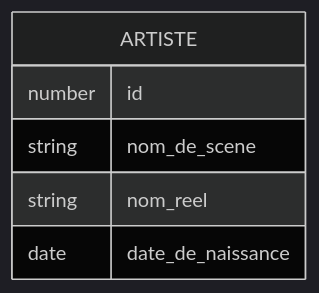
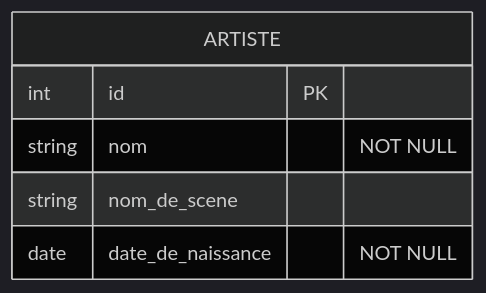
The first of 3 diagrams in static/slide/database.md (blueur/hep-24), drawn with Mermaid (dark theme) before and after one commit. The commit also changed other lines of this file and 3 other files, not shown here.

````diff
--- a/static/slide/database.md
+++ b/static/slide/database.md
@@ -73,9 +73,9 @@
 ```mermaid
 erDiagram
   ARTISTE {
-    number id
+    int    id                PK
+    string nom                  "NOT NULL"
     string nom_de_scene
-    string nom_reel
-    date   date_de_naissance
+    date   date_de_naissance    "NOT NULL"
   }
 ```
````
